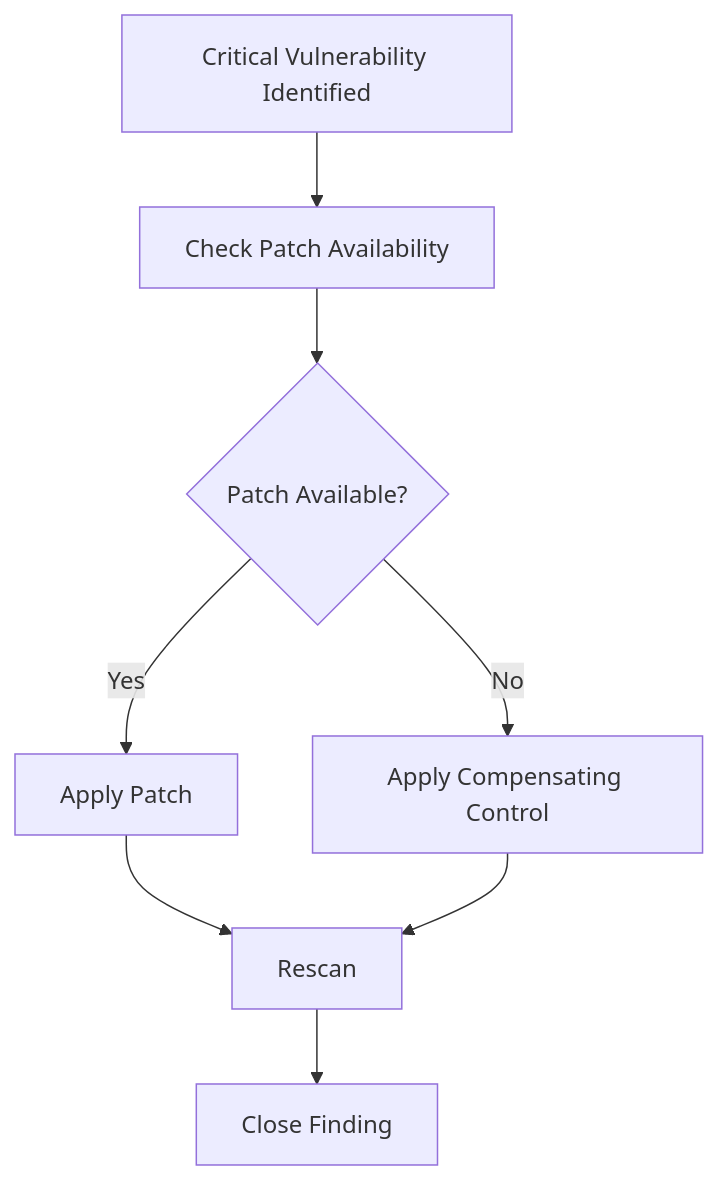
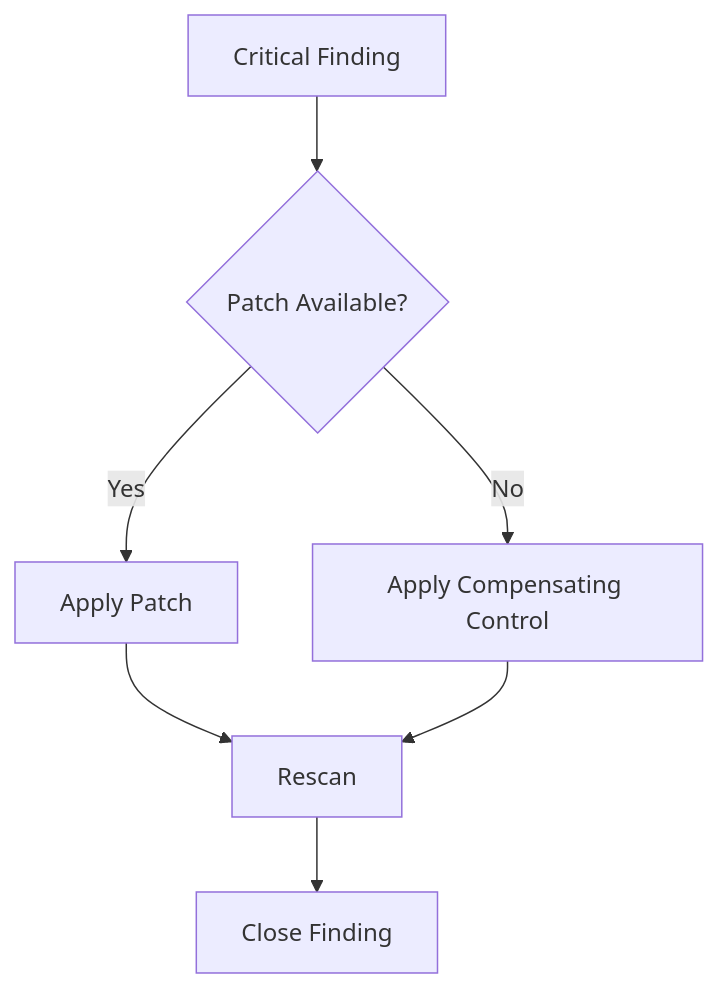
The fifth of 6 diagrams in Vulnerability Assessment & Risk Prioritization.md (SiddhSamarth/Elevate-Labs-Projects), drawn with Mermaid before and after one commit. The commit also changed other lines of this file, not shown here.

First line of the commit message:
Revise and enhance vulnerability assessment documentation

````diff
--- a/Vulnerability Assessment & Risk Prioritization.md
+++ b/Vulnerability Assessment & Risk Prioritization.md
@@ -325,10 +348,9 @@
 ```mermaid
 flowchart TD
-    A[Critical Vulnerability Identified] --> B[Check Patch Availability]
-    B --> C{Patch Available?}
-    C -->|Yes| D[Apply Patch]
-    C -->|No| E[Apply Compensating Control]
-    D --> F[Rescan]
-    E --> F
-    F --> G[Close Finding]
+    A[Critical Finding] --> B{Patch Available?}
+    B -->|Yes| C[Apply Patch]
+    B -->|No| D[Apply Compensating Control]
+    C --> E[Rescan]
+    D --> E
+    E --> F[Close Finding]
 ```
````
